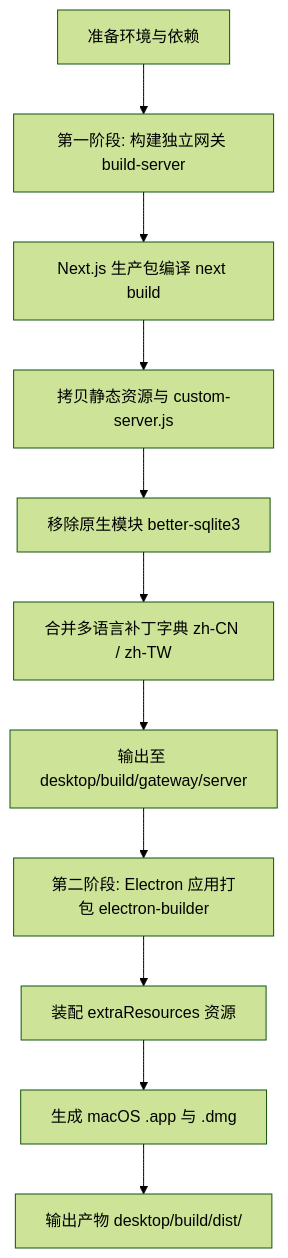
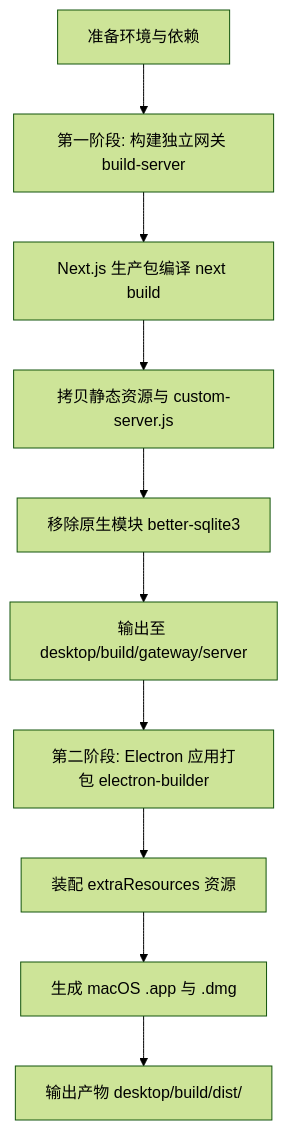
Before and after one commit to kevinjoy89/iRouter: the diagram in docs/PACKAGING.md, drawn with Mermaid (forest theme). The commit also changed other lines of this file and 6 other files, not shown here.

````diff
--- a/docs/PACKAGING.md
+++ b/docs/PACKAGING.md
@@ -14,13 +14,12 @@
 ```mermaid
 flowchart TD
     A[准备环境与依赖] --> B[第一阶段: 构建独立网关 build-server]
     B --> B1[Next.js 生产包编译 next build]
     B1 --> B2[拷贝静态资源与 custom-server.js]
     B2 --> B3[移除原生模块 better-sqlite3]
-    B3 --> B4[合并多语言补丁字典 zh-CN / zh-TW]
-    B4 --> C[输出至 desktop/build/gateway/server]
+    B3 --> C[输出至 desktop/build/gateway/server]
     C --> D[第二阶段: Electron 应用打包 electron-builder]
     D --> D1[装配 extraResources 资源]
     D1 --> D2[生成 macOS .app 与 .dmg]
     D2 --> E[输出产物 desktop/build/dist/]
 ```
````
